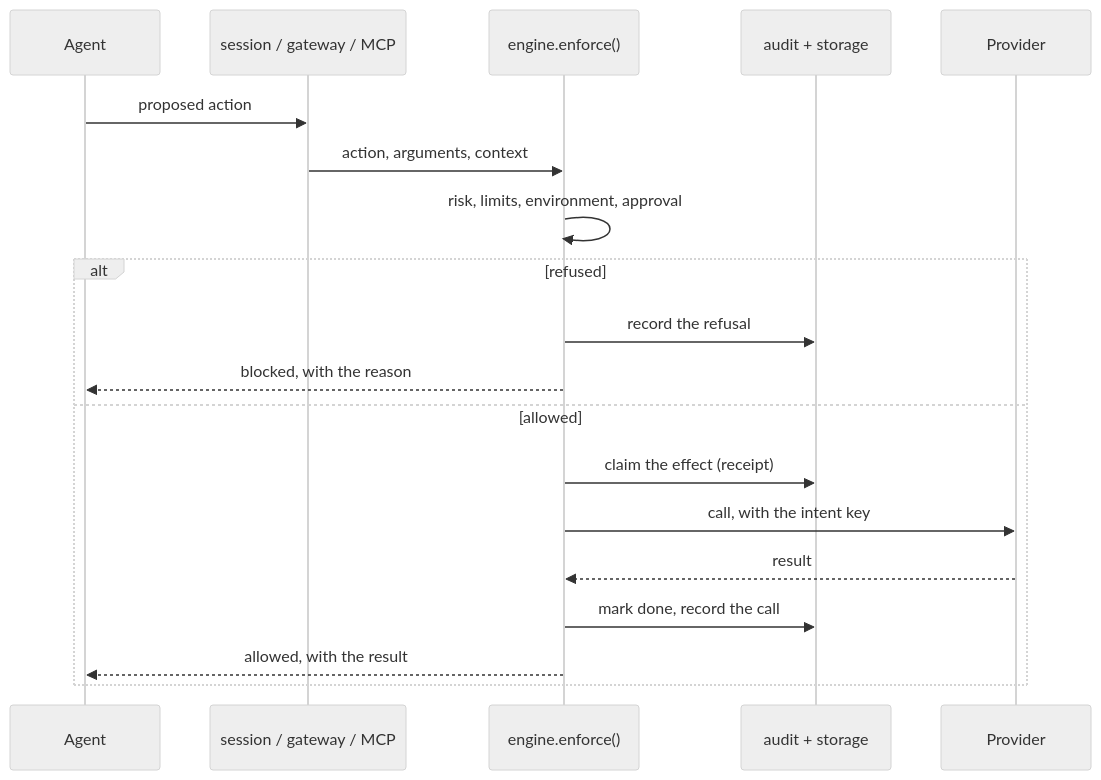
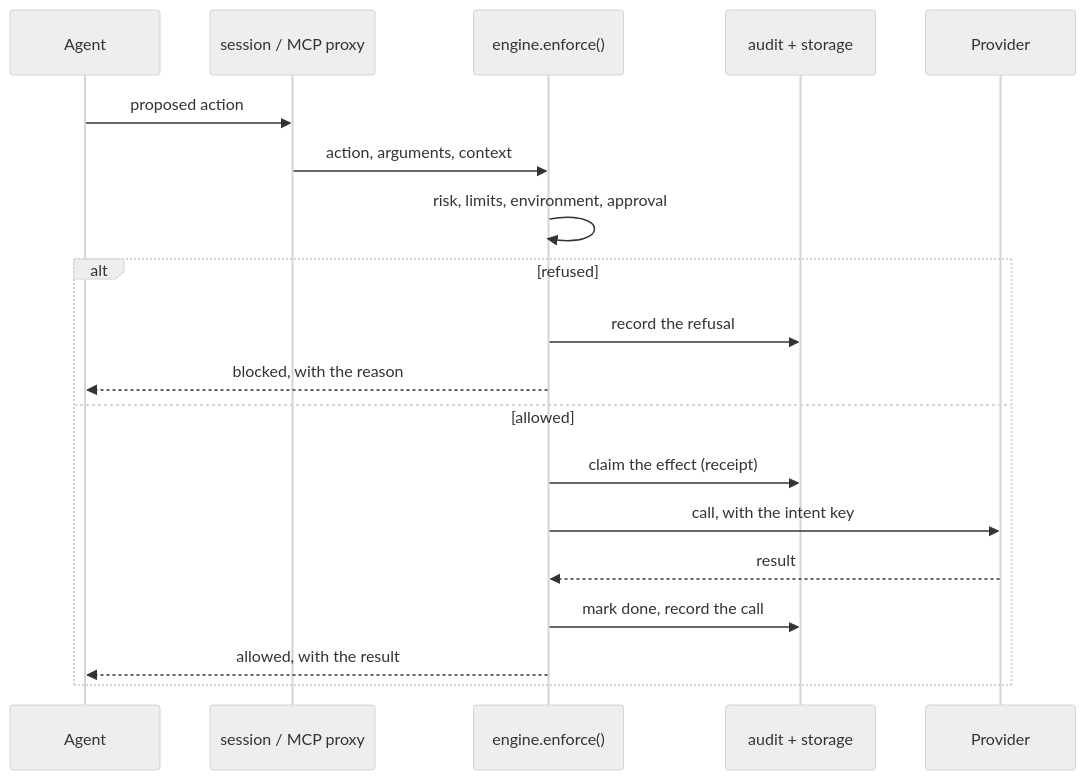
One commit to GreyyDaze/agent-action-gateway changed the third of 3 diagrams in docs/architecture.md. Above: the diagram before and after it, drawn with Mermaid (neutral theme). The commit also changed other lines of this file and 12 other files, not shown here.

First line of the commit message:
feat: add an MCP proxy that checks every tool call, and correct the docs

````diff
--- a/docs/architecture.md
+++ b/docs/architecture.md
@@ -54,21 +67,21 @@
 ```mermaid
 sequenceDiagram
     participant Agent
-    participant Door as session / gateway / MCP
+    participant Door as session / MCP proxy
     participant Engine as engine.enforce()
     participant Store as audit + storage
     participant Provider
     Agent->>Door: proposed action
     Door->>Engine: action, arguments, context
     Engine->>Engine: risk, limits, environment, approval
     alt refused
         Engine->>Store: record the refusal
         Engine-->>Agent: blocked, with the reason
     else allowed
         Engine->>Store: claim the effect (receipt)
         Engine->>Provider: call, with the intent key
         Provider-->>Engine: result
         Engine->>Store: mark done, record the call
         Engine-->>Agent: allowed, with the result
     end
 ```
````
